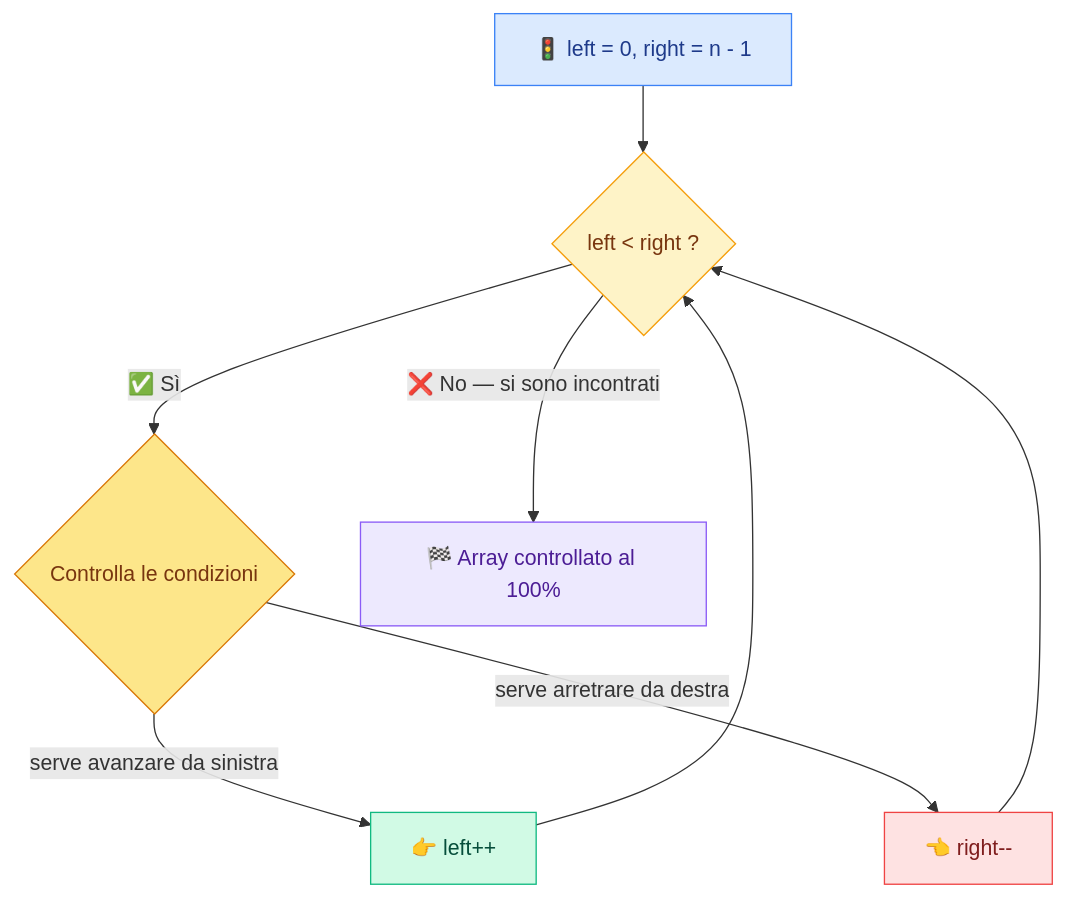
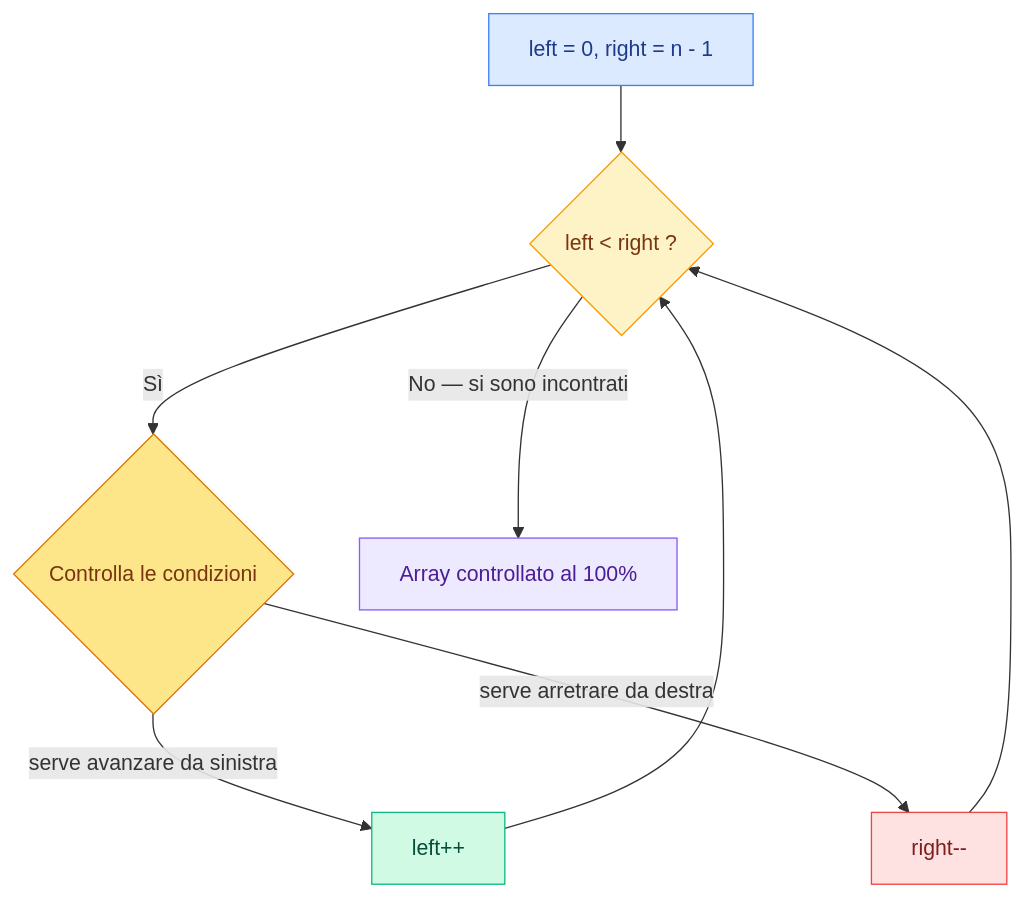
The diagram in Two Pointers/README.md (sombreror/algorithms), drawn with Mermaid before and after one commit. The commit also changed other lines of this file and 1 other file, not shown here.

````diff
--- a/Two Pointers/README.md
+++ b/Two Pointers/README.md
@@ -39,17 +39,17 @@
 ```mermaid
 graph TD
-    A["🚦 left = 0, right = n - 1"] --> B{"left < right ?"}
-    B -- "✅ Sì" --> C{"Controlla le condizioni"}
-    C -- "serve avanzare da sinistra" --> D["👉 left++"]
-    C -- "serve arretrare da destra" --> E["👈 right--"]
+    A["left = 0, right = n - 1"] --> B{"left < right ?"}
+    B -- "Sì" --> C{"Controlla le condizioni"}
+    C -- "serve avanzare da sinistra" --> D["left++"]
+    C -- "serve arretrare da destra" --> E["right--"]
     D --> B
     E --> B
-    B -- "❌ No — si sono incontrati" --> F["🏁 Array controllato al 100%"]
+    B -- "No — si sono incontrati" --> F["Array controllato al 100%"]
 
     style A fill:#DBEAFE,stroke:#3B82F6,color:#1E3A8A
     style B fill:#FEF3C7,stroke:#F59E0B,color:#78350F
     style C fill:#FDE68A,stroke:#D97706,color:#78350F
     style D fill:#D1FAE5,stroke:#10B981,color:#064E3B
     style E fill:#FEE2E2,stroke:#EF4444,color:#7F1D1D
     style F fill:#EDE9FE,stroke:#8B5CF6,color:#4C1D95
 ```
````
